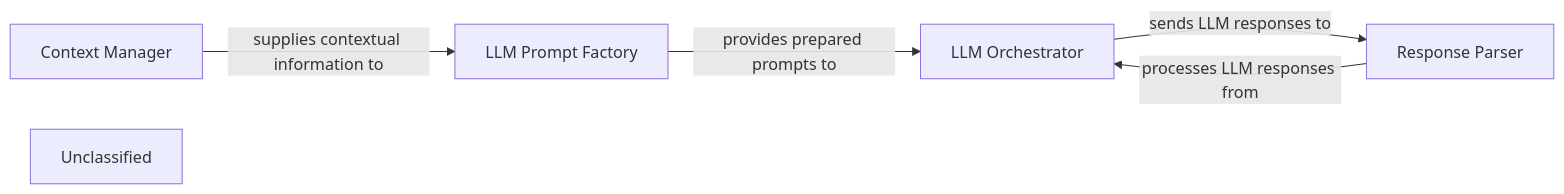
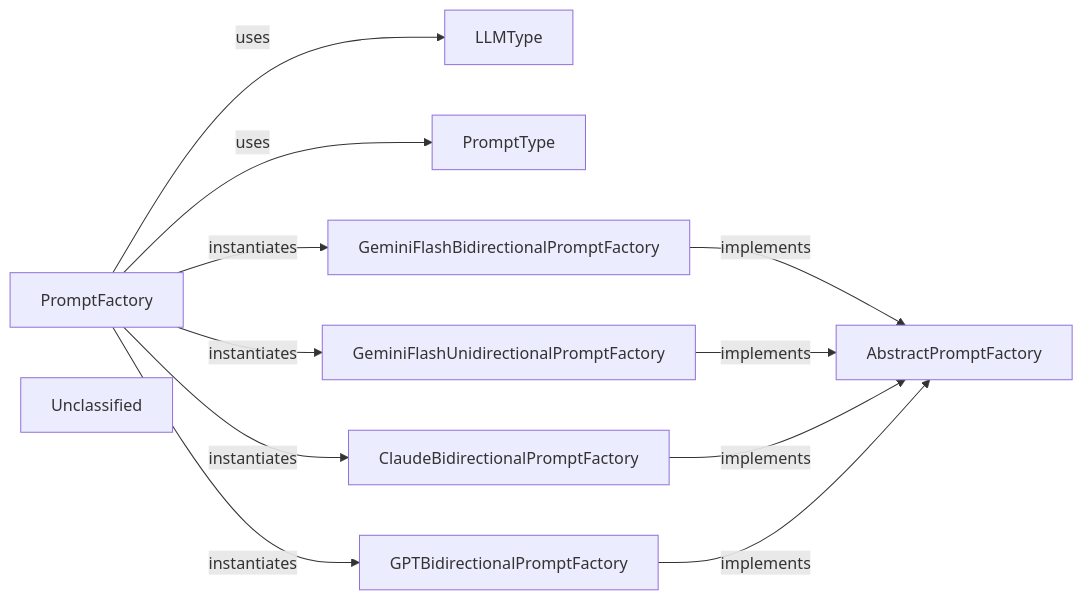
The diagram in .codeboarding/LLM_Prompt_Factory.md (CodeBoarding/CodeBoarding), drawn with Mermaid before and after one commit. The commit also changed other lines of this file and 19 other files, not shown here.

First line of the commit message:
docs: update codeboarding documentation and generate architecture

````diff
--- a/.codeboarding/LLM_Prompt_Factory.md
+++ b/.codeboarding/LLM_Prompt_Factory.md
@@ -1,13 +1,22 @@
 ```mermaid
 graph LR
-    LLM_Prompt_Factory["LLM Prompt Factory"]
-    LLM_Orchestrator["LLM Orchestrator"]
-    Response_Parser["Response Parser"]
-    Context_Manager["Context Manager"]
+    PromptFactory["PromptFactory"]
+    AbstractPromptFactory["AbstractPromptFactory"]
+    LLMType["LLMType"]
+    PromptType["PromptType"]
+    GeminiFlashBidirectionalPromptFactory["GeminiFlashBidirectionalPromptFactory"]
+    GeminiFlashUnidirectionalPromptFactory["GeminiFlashUnidirectionalPromptFactory"]
+    ClaudeBidirectionalPromptFactory["ClaudeBidirectionalPromptFactory"]
+    GPTBidirectionalPromptFactory["GPTBidirectionalPromptFactory"]
     Unclassified["Unclassified"]
-    Context_Manager -- "supplies contextual information to" --> LLM_Prompt_Factory
-    LLM_Prompt_Factory -- "provides prepared prompts to" --> LLM_Orchestrator
-    LLM_Orchestrator -- "sends LLM responses to" --> Response_Parser
-    Response_Parser -- "processes LLM responses from" --> LLM_Orchestrator
-    click LLM_Prompt_Factory href "https://github.com/CodeBoarding/CodeBoarding/blob/main/.codeboarding/LLM_Prompt_Factory.md" "Details"
+    PromptFactory -- "uses" --> LLMType
+    PromptFactory -- "uses" --> PromptType
+    PromptFactory -- "instantiates" --> GeminiFlashBidirectionalPromptFactory
+    PromptFactory -- "instantiates" --> GeminiFlashUnidirectionalPromptFactory
+    PromptFactory -- "instantiates" --> ClaudeBidirectionalPromptFactory
+    PromptFactory -- "instantiates" --> GPTBidirectionalPromptFactory
+    GeminiFlashBidirectionalPromptFactory -- "implements" --> AbstractPromptFactory
+    GeminiFlashUnidirectionalPromptFactory -- "implements" --> AbstractPromptFactory
+    ClaudeBidirectionalPromptFactory -- "implements" --> AbstractPromptFactory
+    GPTBidirectionalPromptFactory -- "implements" --> AbstractPromptFactory
 ```
````
